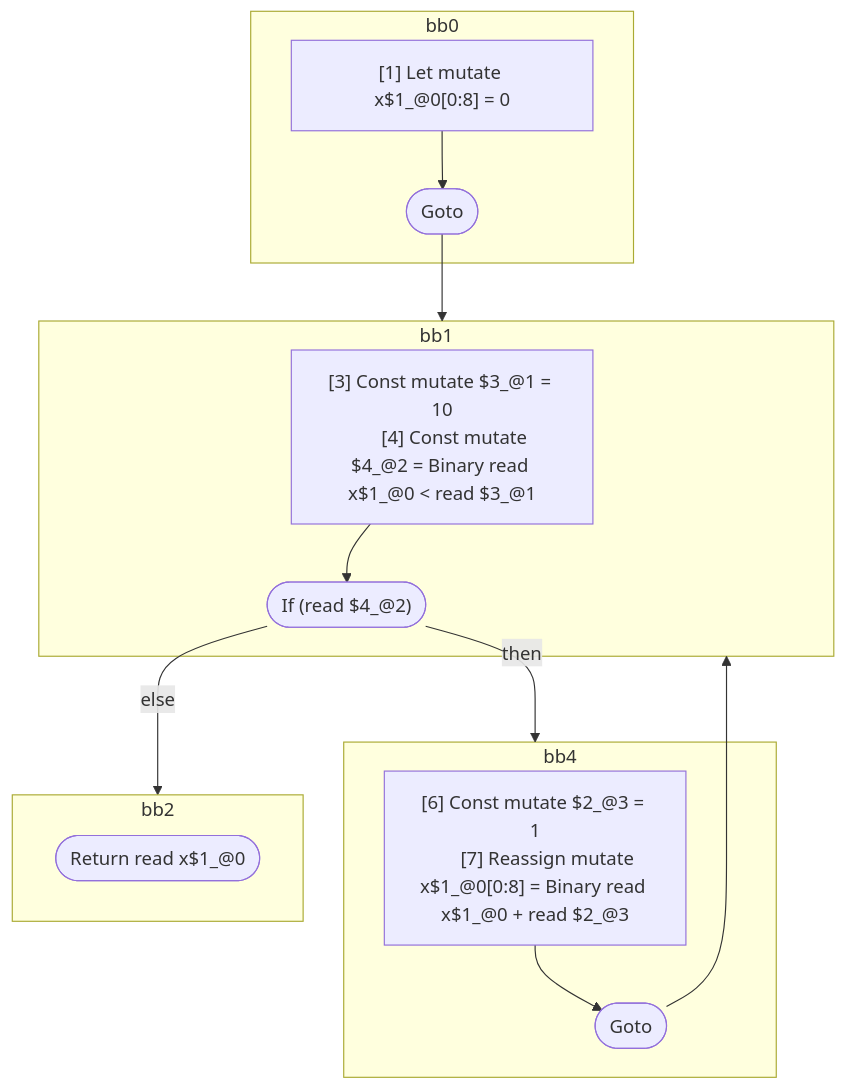
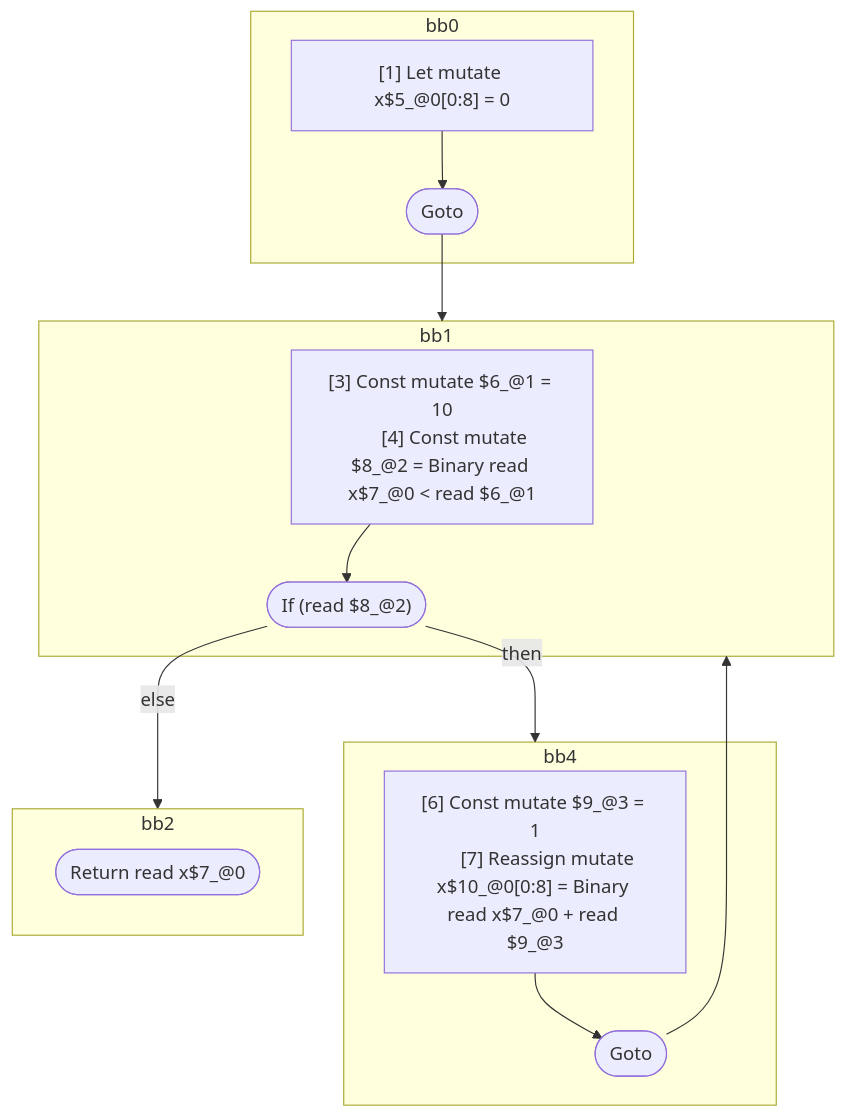
Before and after one commit to wutsmog/private: the diagram in compiler/forget/src/__tests__/fixtures/hir/ssa-for.expect.md, drawn with Mermaid. The commit also changed other lines of this file and 59 other files, not shown here.

````diff
--- a/compiler/forget/src/__tests__/fixtures/hir/ssa-for.expect.md
+++ b/compiler/forget/src/__tests__/fixtures/hir/ssa-for.expect.md
@@ -38,34 +39,34 @@
 ```mermaid
 flowchart TB
   %% Basic Blocks
   subgraph bb0
     bb0_instrs["
-      [1] Let mutate x$1_@0[0:8] = 0
+      [1] Let mutate x$5_@0[0:8] = 0
     "]
     bb0_instrs --> bb0_terminal(["Goto"])
   end
   subgraph bb1
     bb1_instrs["
-      [3] Const mutate $3_@1 = 10
-      [4] Const mutate $4_@2 = Binary read x$1_@0 < read $3_@1
+      [3] Const mutate $6_@1 = 10
+      [4] Const mutate $8_@2 = Binary read x$7_@0 < read $6_@1
     "]
-    bb1_instrs --> bb1_terminal(["If (read $4_@2)"])
+    bb1_instrs --> bb1_terminal(["If (read $8_@2)"])
   end
   subgraph bb4
     bb4_instrs["
-      [6] Const mutate $2_@3 = 1
-      [7] Reassign mutate x$1_@0[0:8] = Binary read x$1_@0 + read $2_@3
+      [6] Const mutate $9_@3 = 1
+      [7] Reassign mutate x$10_@0[0:8] = Binary read x$7_@0 + read $9_@3
     "]
     bb4_instrs --> bb4_terminal(["Goto"])
   end
   subgraph bb2
-    bb2_terminal(["Return read x$1_@0"])
+    bb2_terminal(["Return read x$7_@0"])
   end
 
   %% Jumps
   bb0_terminal --> bb1
   bb1_terminal -- "then" --> bb4
   bb1_terminal -- "else" --> bb2
   bb4_terminal --> bb1
 
 ```
````
